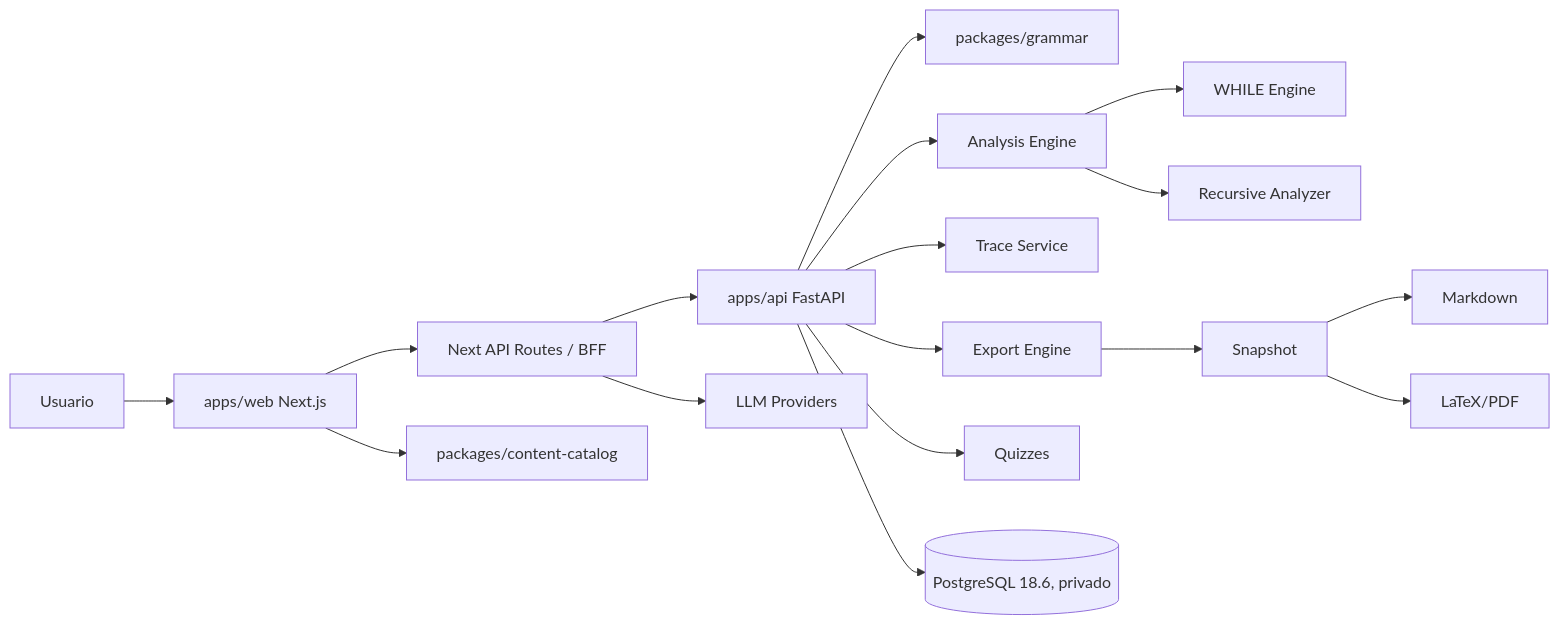
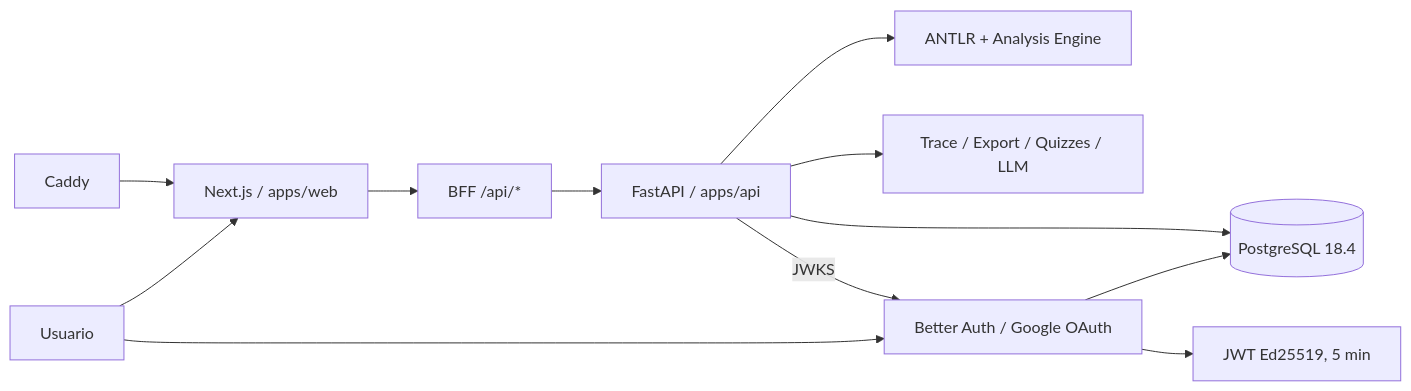
The diagram in docs/02-architecture/system-architecture.md (Cruz1122/aalie), drawn with Mermaid before and after one commit. The commit also changed other lines of this file and 4 other files, not shown here.

First line of the commit message:
docs(auth): close microphase 2 architecture gaps

````diff
--- a/docs/02-architecture/system-architecture.md
+++ b/docs/02-architecture/system-architecture.md
@@ -39,19 +33,17 @@
 ```mermaid
 flowchart LR
-  U[Usuario] --> W[apps/web Next.js]
-  W --> BFF[Next API Routes / BFF]
-  BFF --> API[apps/api FastAPI]
-  API --> G[packages/grammar]
-  API --> A[Analysis Engine]
-  A --> WH[WHILE Engine]
-  A --> REC[Recursive Analyzer]
-  API --> TR[Trace Service]
-  API --> EX[Export Engine]
-  EX --> SS[Snapshot]
-  SS --> MD[Markdown]
-  SS --> TEX[LaTeX/PDF]
-  API --> Q[Quizzes]
-  API --> PG[(PostgreSQL 18.6, privado)]
-  W --> CC[packages/content-catalog]
-  BFF --> LLM[LLM Providers]
+  U[Usuario] --> W[Next.js / apps/web]
+  W --> BFF[BFF /api/*]
+  BFF --> API[FastAPI / apps/api]
+  API --> G[ANTLR + Analysis Engine]
+  API --> EX[Trace / Export / Quizzes / LLM]
+
+  U --> AUTH[Better Auth / Google OAuth]
+  AUTH --> PG[(PostgreSQL 18.4)]
+  API --> PG
+
+  AUTH --> JWT[JWT Ed25519, 5 min]
+  API -->|JWKS| AUTH
+
+  C[Caddy] --> W
 ```
````
